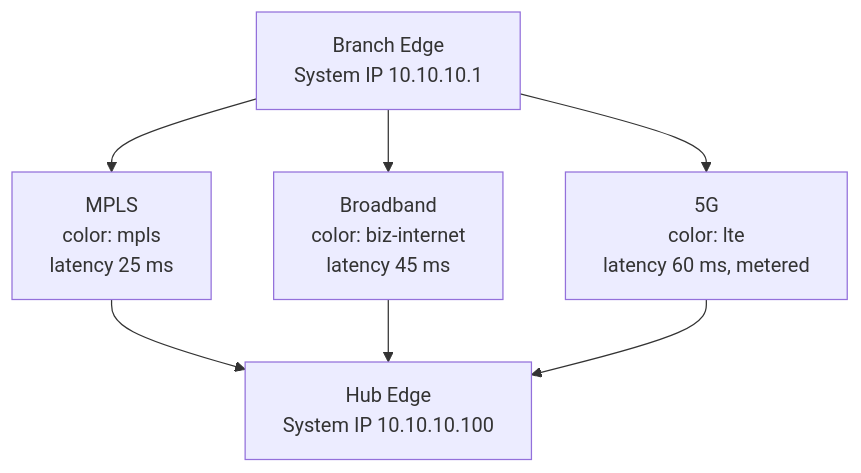
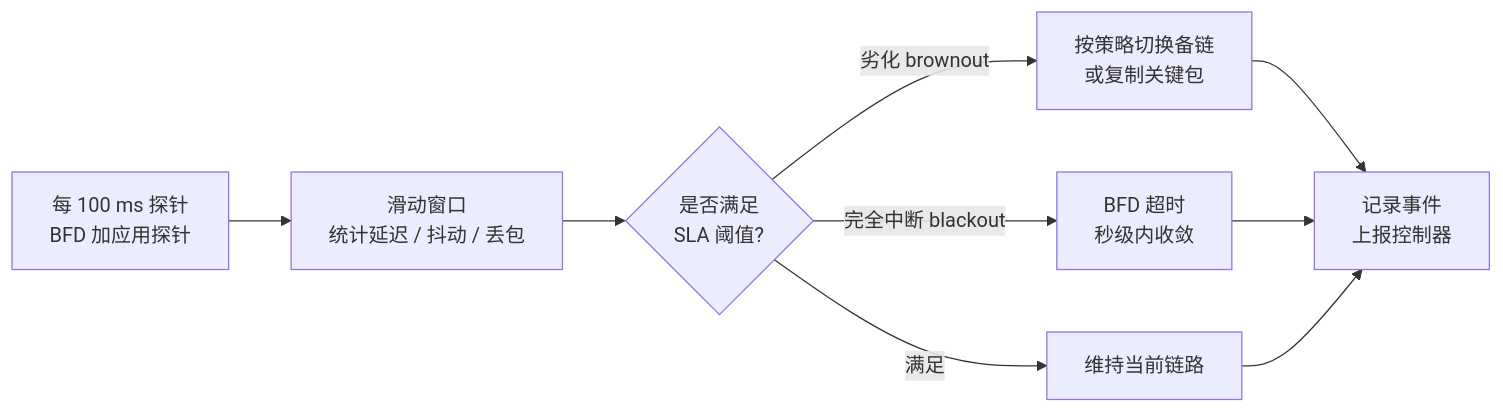
The third of 3 diagrams in 知识/开发工具/环境与部署/SD-WAN.md (gjj-star/MyObsidian), drawn with Mermaid before and after one commit. The commit also changed other lines of this file and 4 other files, not shown here.

````diff
--- a/知识/开发工具/环境与部署/SD-WAN.md
+++ b/知识/开发工具/环境与部署/SD-WAN.md
@@ -230,14 +132,11 @@
 ```mermaid
-graph TD
-    BR["Branch Edge<br/>System IP 10.10.10.1"]
-    MPLS["MPLS<br/>color: mpls<br/>latency 25 ms"]
-    BB["Broadband<br/>color: biz-internet<br/>latency 45 ms"]
-    C5G["5G<br/>color: lte<br/>latency 60 ms, metered"]
-    HUB["Hub Edge<br/>System IP 10.10.10.100"]
-    BR --> MPLS
-    BR --> BB
-    BR --> C5G
-    MPLS --> HUB
-    BB --> HUB
-    C5G --> HUB
+flowchart LR
+    P["每 100 ms 探针<br/>BFD 加应用探针"] --> Q["滑动窗口<br/>统计延迟 / 抖动 / 丢包"]
+    Q --> R{"是否满足<br/>SLA 阈值?"}
+    R -->|"满足"| S["维持当前链路"]
+    R -->|"劣化 brownout"| T["按策略切换备链<br/>或复制关键包"]
+    R -->|"完全中断 blackout"| U["BFD 超时<br/>秒级内收敛"]
+    T --> V["记录事件<br/>上报控制器"]
+    U --> V
+    S --> V
 ```
````
